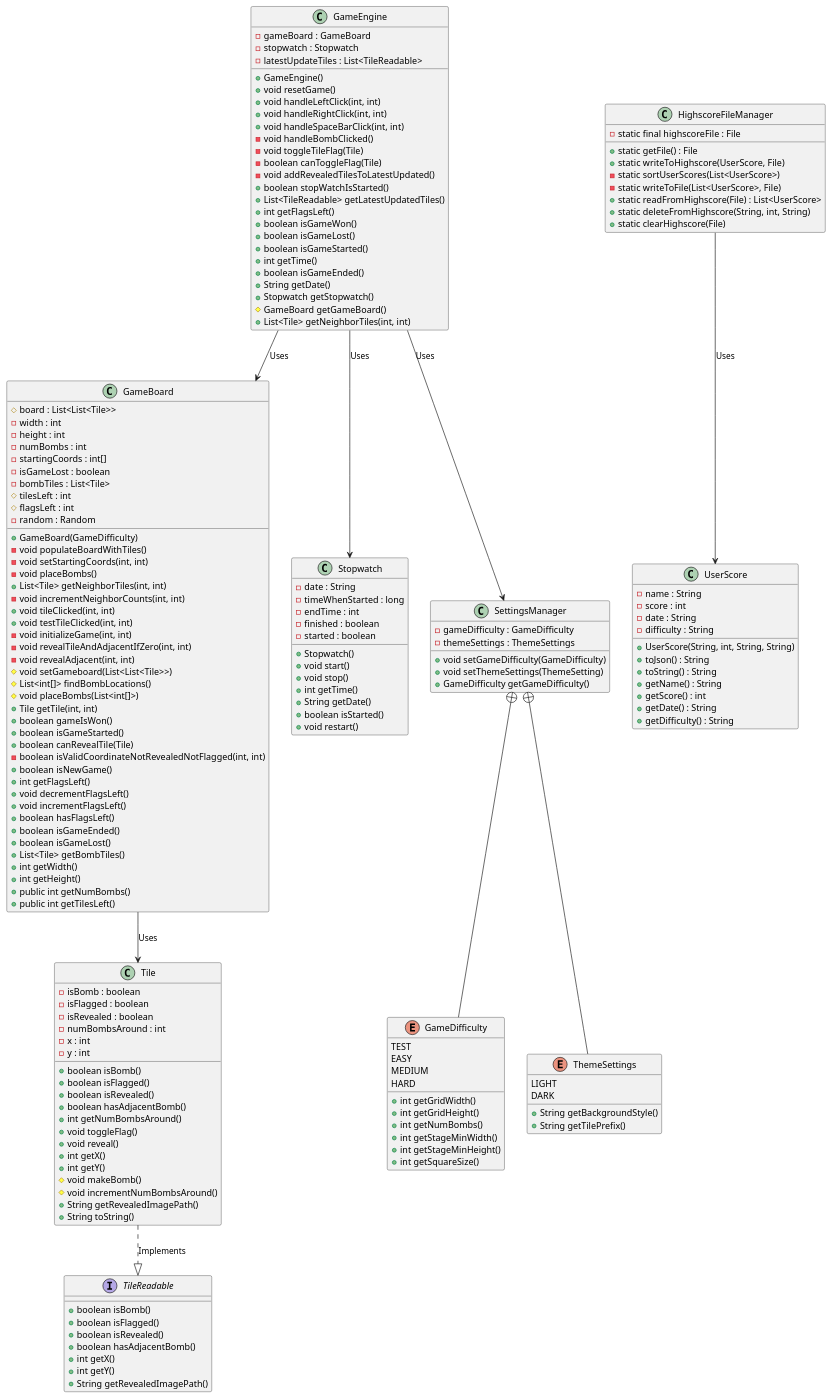
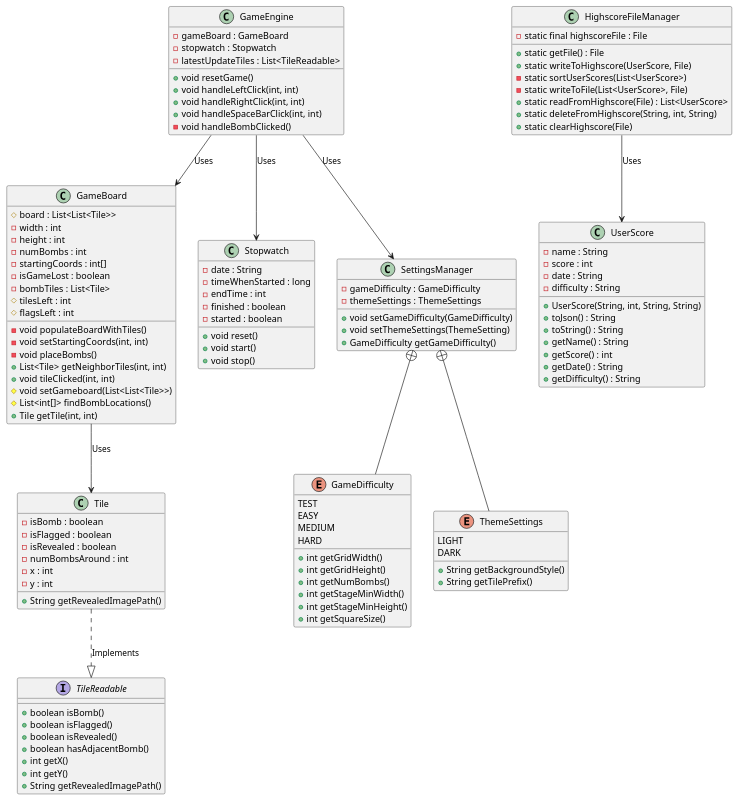
One commit to Ksund02/minesweeper changed the diagram in minesweeper/diagrams/coreLogicClassDiagram.puml. Above: the diagram before and after it, drawn with PlantUML.

Commit message:
Changed classDiagram to have only critical methods

```diff
--- a/minesweeper/diagrams/coreLogicClassDiagram.puml
+++ b/minesweeper/diagrams/coreLogicClassDiagram.puml
@@ -1,184 +1,128 @@
 @startuml coreLogicClassDiagram
 
 class GameBoard {
     # board : List<List<Tile>>
     - width : int
     - height : int
     - numBombs : int
     - startingCoords : int[]
     - isGameLost : boolean
     - bombTiles : List<Tile>
     # tilesLeft : int
     # flagsLeft : int
-    - random : Random
-    + GameBoard(GameDifficulty)
     - void populateBoardWithTiles()
     - void setStartingCoords(int, int)
     - void placeBombs()
     + List<Tile> getNeighborTiles(int, int)
-    - void incrementNeighborCounts(int, int)
     + void tileClicked(int, int)
-    + void testTileClicked(int, int)
-    - void initializeGame(int, int)
-    - void revealTileAndAdjacentIfZero(int, int)
-    - void revealAdjacent(int, int)
     # void setGameboard(List<List<Tile>>)
     # List<int[]> findBombLocations()
-    # void placeBombs(List<int[]>)
     + Tile getTile(int, int)
-    + boolean gameIsWon()
-    + boolean isGameStarted()
-    + boolean canRevealTile(Tile)
-    - boolean isValidCoordinateNotRevealedNotFlagged(int, int)
-    + boolean isNewGame()
-    + int getFlagsLeft()
-    + void decrementFlagsLeft()
-    + void incrementFlagsLeft()
-    + boolean hasFlagsLeft()
-    + boolean isGameEnded()
-    + boolean isGameLost()
-    + List<Tile> getBombTiles()
-    + int getWidth()
-    + int getHeight()
-    + public int getNumBombs()
-    + public int getTilesLeft()
 }
 
 class Tile {
     - isBomb : boolean
     - isFlagged : boolean
     - isRevealed : boolean
     - numBombsAround : int
     - x : int
     - y : int
-    + boolean isBomb()
-    + boolean isFlagged()
-    + boolean isRevealed()
-    + boolean hasAdjacentBomb()
-    + int getNumBombsAround()
-    + void toggleFlag()
-    + void reveal()
-    + int getX()
-    + int getY()
-    # void makeBomb()
-    # void incrementNumBombsAround()
     + String getRevealedImagePath()
-    + String toString()
 }
 
 class Stopwatch {
     - date : String
     - timeWhenStarted : long
     - endTime : int
     - finished : boolean
     - started : boolean
-    + Stopwatch()
+    + void reset()
     + void start()
     + void stop()
-    + int getTime()
-    + String getDate()
-    + boolean isStarted()
-    + void restart()
 }
 
 class GameEngine {
     - gameBoard : GameBoard
     - stopwatch : Stopwatch
     - latestUpdateTiles : List<TileReadable>
-    + GameEngine()
     + void resetGame()
     + void handleLeftClick(int, int)
     + void handleRightClick(int, int)
     + void handleSpaceBarClick(int, int)
     - void handleBombClicked()
-    - void toggleTileFlag(Tile)
-    - boolean canToggleFlag(Tile)
-    - void addRevealedTilesToLatestUpdated()
-    + boolean stopWatchIsStarted()
-    + List<TileReadable> getLatestUpdatedTiles()
-    + int getFlagsLeft()
-    + boolean isGameWon()
-    + boolean isGameLost()
-    + boolean isGameStarted()
-    + int getTime()
-    + boolean isGameEnded()
-    + String getDate()
-    + Stopwatch getStopwatch()
-    # GameBoard getGameBoard()
-    + List<Tile> getNeighborTiles(int, int)
 }
 
 enum GameDifficulty {
     TEST
     EASY
     MEDIUM
     HARD
     + int getGridWidth()
     + int getGridHeight()
     + int getNumBombs()
     + int getStageMinWidth()
     + int getStageMinHeight()
     + int getSquareSize()
 }
 
 enum ThemeSettings {
     LIGHT
     DARK
     + String getBackgroundStyle()
     + String getTilePrefix()
 }
 
 class SettingsManager {
     - gameDifficulty : GameDifficulty
     - themeSettings : ThemeSettings
     + void setGameDifficulty(GameDifficulty)
     + void setThemeSettings(ThemeSetting)
     + GameDifficulty getGameDifficulty()
 }
 
 interface TileReadable {
     + boolean isBomb()
     + boolean isFlagged()
     + boolean isRevealed()
     + boolean hasAdjacentBomb()
     + int getX()
     + int getY()
     + String getRevealedImagePath()
 }
 
 class HighscoreFileManager {
         - static final highscoreFile : File
         + static getFile() : File
         + static writeToHighscore(UserScore, File)
         - static sortUserScores(List<UserScore>)
         - static writeToFile(List<UserScore>, File)
         + static readFromHighscore(File) : List<UserScore>
         + static deleteFromHighscore(String, int, String)
         + static clearHighscore(File)
     }
 
     class UserScore {
         - name : String
         - score : int
         - date : String
         - difficulty : String
         + UserScore(String, int, String, String)
         + toJson() : String
         + toString() : String
         + getName() : String
         + getScore() : int
         + getDate() : String
         + getDifficulty() : String
     }
 
 SettingsManager +-- GameDifficulty
 SettingsManager +-- ThemeSettings
 GameBoard --> Tile : Uses
 GameEngine --> SettingsManager : Uses
 GameEngine --> Stopwatch : Uses
 GameEngine --> GameBoard : Uses
 Tile ..|> TileReadable: Implements
 HighscoreFileManager --> UserScore: Uses
 
 
 @enduml
```
